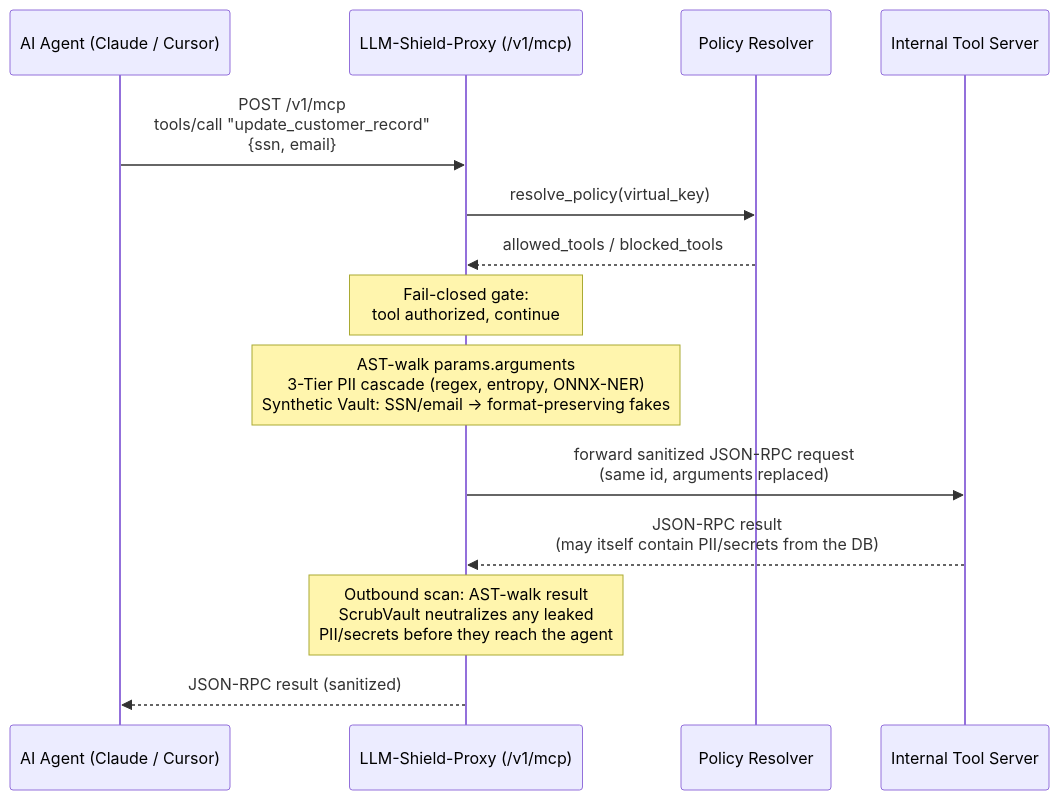
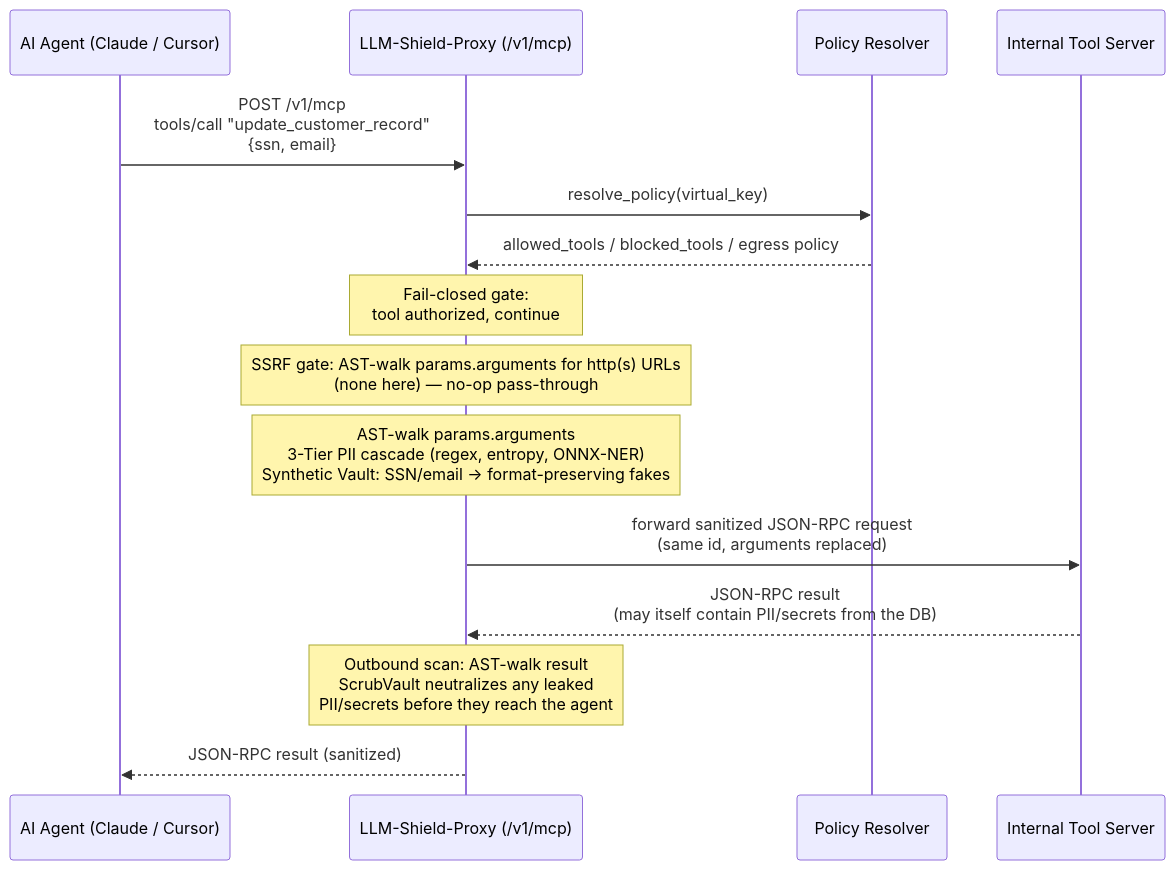
One commit to ninadphalak/LLM-Shield-Proxy changed the first of 3 diagrams in website/docs/guides/mcp-tool-governance.md. Above: the diagram before and after it, drawn with Mermaid. The commit also changed other lines of this file and 5 other files, not shown here.

First line of the commit message:
feat: MCP JSON-RPC governance gateway SSRF/DNS-rebinding egress firewall

````diff
--- a/website/docs/guides/mcp-tool-governance.md
+++ b/website/docs/guides/mcp-tool-governance.md
@@ -32,18 +36,19 @@
 ```mermaid
 sequenceDiagram
     participant Agent as AI Agent (Claude / Cursor)
     participant Shield as LLM-Shield-Proxy (/v1/mcp)
     participant RBAC as Policy Resolver
     participant Tool as Internal Tool Server
 
     Agent->>Shield: POST /v1/mcp<br/>tools/call "update_customer_record"<br/>{ssn, email}
     Shield->>RBAC: resolve_policy(virtual_key)
-    RBAC-->>Shield: allowed_tools / blocked_tools
+    RBAC-->>Shield: allowed_tools / blocked_tools / egress policy
     Note over Shield: Fail-closed gate:<br/>tool authorized, continue
+    Note over Shield: SSRF gate: AST-walk params.arguments for http(s) URLs<br/>(none here) — no-op pass-through
 
     Note over Shield: AST-walk params.arguments<br/>3-Tier PII cascade (regex, entropy, ONNX-NER)<br/>Synthetic Vault: SSN/email → format-preserving fakes
     Shield->>Tool: forward sanitized JSON-RPC request<br/>(same id, arguments replaced)
     Tool-->>Shield: JSON-RPC result<br/>(may itself contain PII/secrets from the DB)
     Note over Shield: Outbound scan: AST-walk result<br/>ScrubVault neutralizes any leaked<br/>PII/secrets before they reach the agent
     Shield-->>Agent: JSON-RPC result (sanitized)
 ```
````
